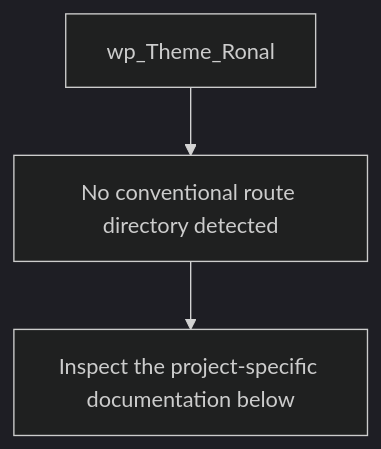
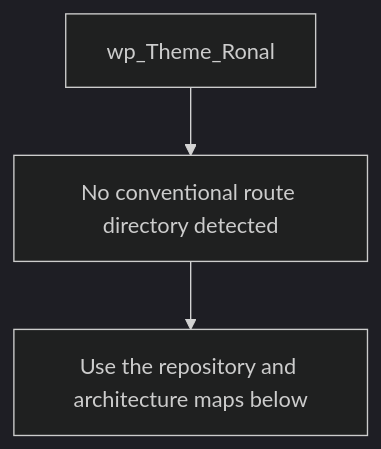
The second of 5 diagrams in README.md (Nischhalsubba/wp_Theme_Ronal), drawn with Mermaid (dark theme) before and after one commit. The commit also changed other lines of this file, not shown here.

````diff
--- a/README.md
+++ b/README.md
@@ -53,6 +85,6 @@
 ```mermaid
 flowchart TD
     APP["wp_Theme_Ronal"]
     APP --> SOURCE["No conventional route directory detected"]
-    SOURCE --> VERIFY["Inspect the project-specific documentation below"]
+    SOURCE --> GUIDE["Use the repository and architecture maps below"]
 ```
````
